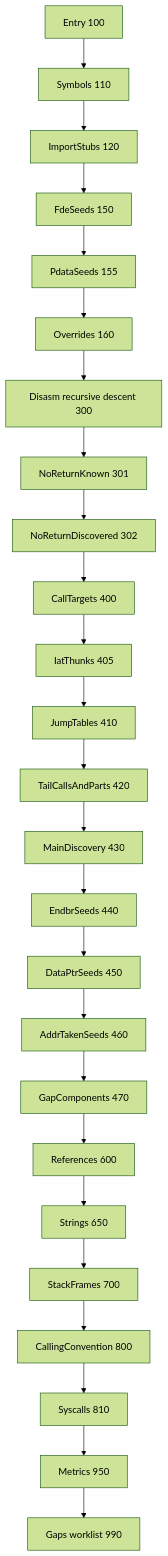
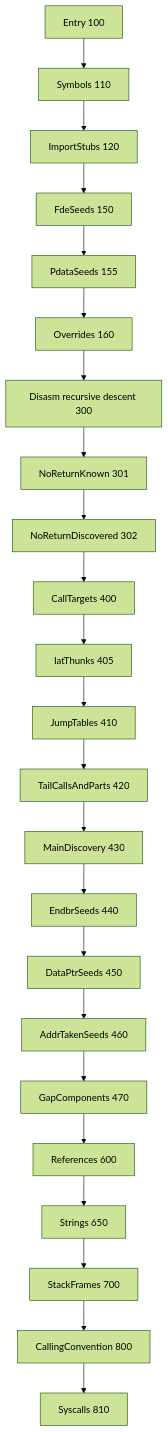
The fifth of 8 diagrams in docs/design.md (madmax983/ghidorah), drawn with Mermaid (forest theme) before and after one commit. The commit also changed other lines of this file and 1 other file, not shown here.

````diff
--- a/docs/design.md
+++ b/docs/design.md
@@ -1001,27 +1004,25 @@
 ```mermaid
 flowchart TD
   A[Entry 100] --> B[Symbols 110]
   B --> C[ImportStubs 120]
   C --> D[FdeSeeds 150]
   D --> PD[PdataSeeds 155]
   PD --> OV[Overrides 160]
   OV --> E[Disasm recursive descent 300]
   E --> F[NoReturnKnown 301]
   F --> G[NoReturnDiscovered 302]
   G --> H[CallTargets 400]
   H --> IT[IatThunks 405]
   IT --> I[JumpTables 410]
   I --> J[TailCallsAndParts 420]
   J --> K[MainDiscovery 430]
   K --> L[EndbrSeeds 440]
   L --> DP[DataPtrSeeds 450]
   DP --> AT[AddrTakenSeeds 460]
   AT --> GC[GapComponents 470]
   GC --> M[References 600]
   M --> N[Strings 650]
   N --> O[StackFrames 700]
   O --> P[CallingConvention 800]
   P --> Q[Syscalls 810]
-  Q --> S[Metrics 950]
-  S --> T[Gaps worklist 990]
 ```
````
